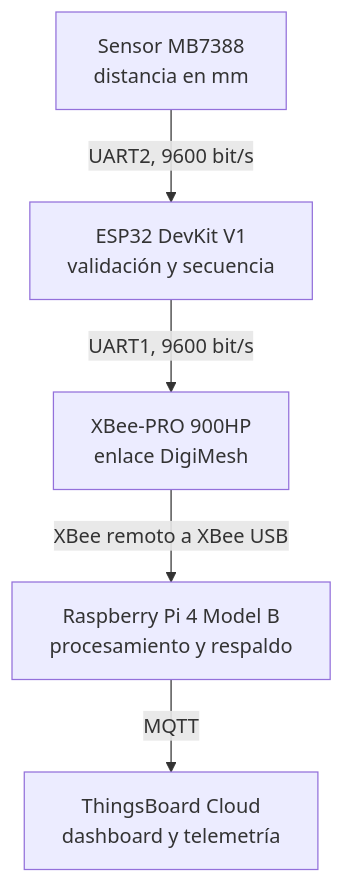
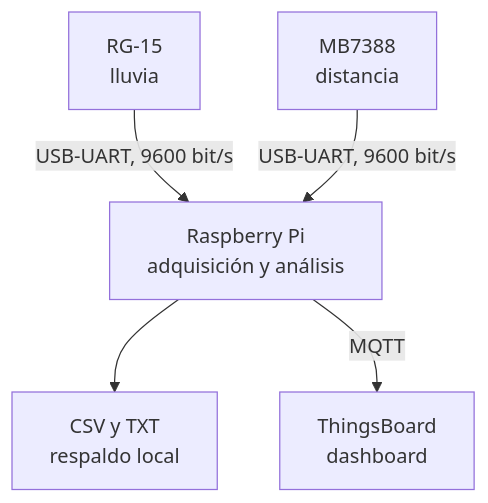
One commit to tpalaciof/GLIMA changed the first of 2 diagrams in README.md. Above: the diagram before and after it, drawn with Mermaid. The commit also changed other lines of this file, not shown here.

```diff
--- a/README.md
+++ b/README.md
@@ -52,13 +78,13 @@
 ~~~mermaid
 flowchart TD
-    A["Sensor MB7388<br/>distancia en mm"]
-    B["ESP32 DevKit V1<br/>validación y secuencia"]
-    C["XBee-PRO 900HP<br/>enlace DigiMesh"]
-    D["Raspberry Pi 4 Model B<br/>procesamiento y respaldo"]
-    E["ThingsBoard Cloud<br/>dashboard y telemetría"]
+    A["RG-15<br/>lluvia"]
+    B["MB7388<br/>distancia"]
+    C["Raspberry Pi<br/>adquisición y análisis"]
+    D["CSV y TXT<br/>respaldo local"]
+    E["ThingsBoard<br/>dashboard"]
 
-    A -->|UART2, 9600 bit/s| B
-    B -->|UART1, 9600 bit/s| C
-    C -->|XBee remoto a XBee USB| D
-    D -->|MQTT| E
+    A -->|USB-UART, 9600 bit/s| C
+    B -->|USB-UART, 9600 bit/s| C
+    C --> D
+    C -->|MQTT| E
 ~~~
```
